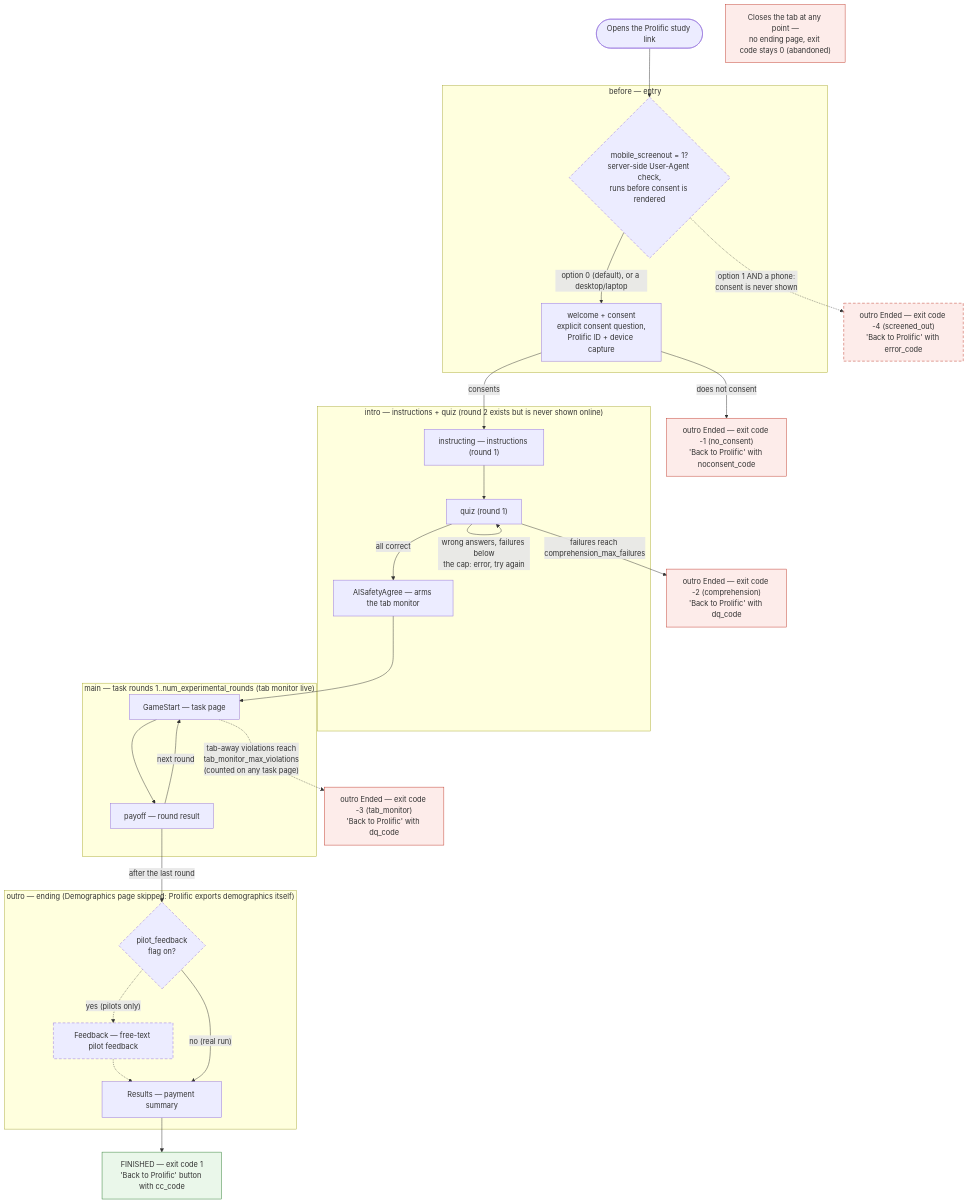
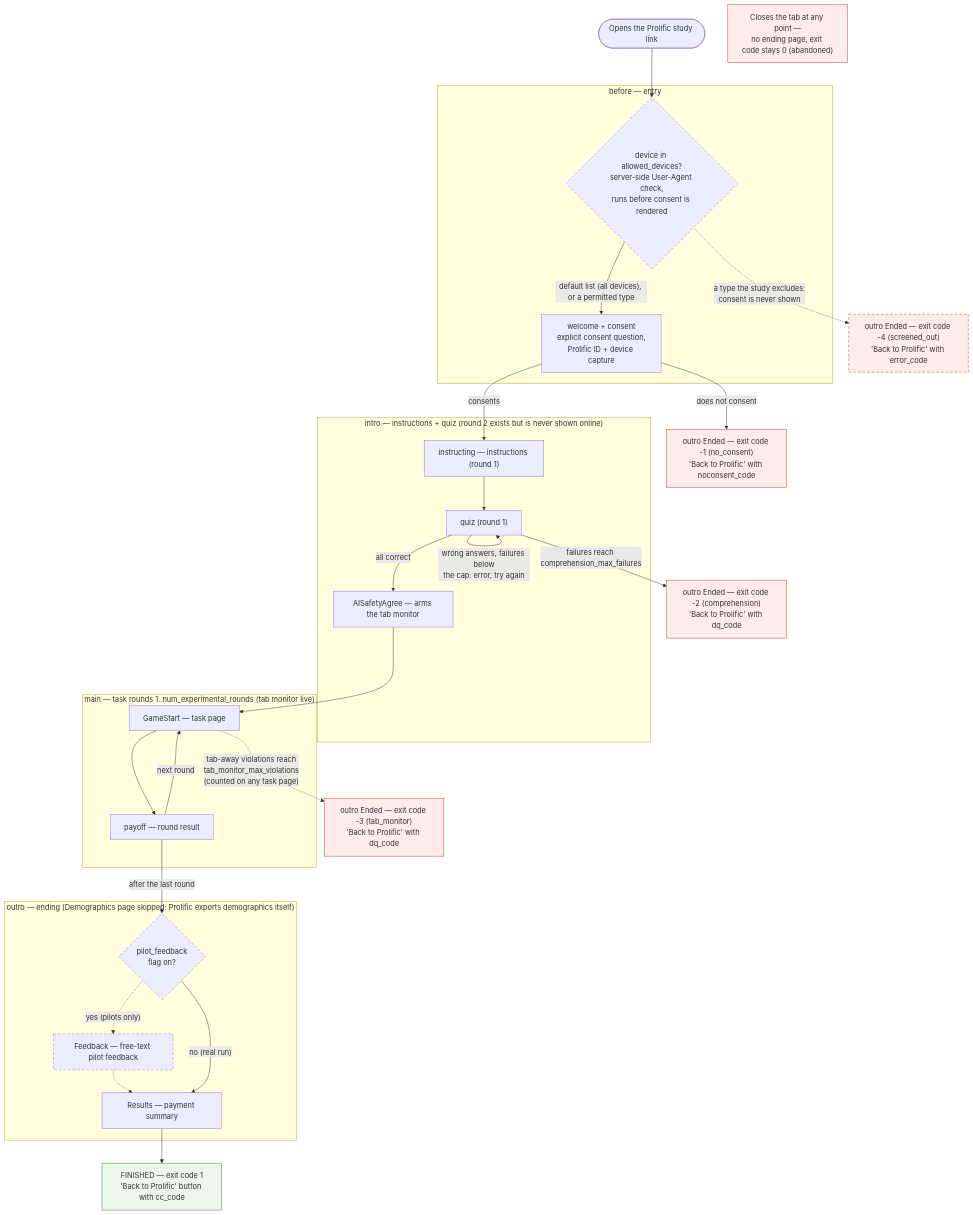
Before and after one commit to juliantait/Template_oTree: the first of 2 diagrams in README.md, drawn with Mermaid. The commit also changed other lines of this file and 35 other files, not shown here.

First line of the commit message:
Apply the test-run changes, and generalise the phone check into a device allow-list

````diff
--- a/README.md
+++ b/README.md
@@ -105,50 +115,50 @@
 ```mermaid
 flowchart TD
     classDef terminal fill:#fdecea,stroke:#c0392b
     classDef success fill:#eaf7ea,stroke:#2e7d32
     classDef flagdep stroke-dasharray:6 4
 
     Start(["Opens the Prolific study link"]) --> Gate
     subgraph BEFORE ["before — entry"]
-        Gate{"mobile_screenout = 1?<br>server-side User-Agent check,<br>runs before consent is rendered"}
-        Gate -- "option 0 (default), or a desktop/laptop" --> Welcome
+        Gate{"device in allowed_devices?<br>server-side User-Agent check,<br>runs before consent is rendered"}
+        Gate -- "default list (all devices), or a permitted type" --> Welcome
         Welcome["welcome + consent<br>explicit consent question,<br>Prolific ID + device capture"]
     end
-    Gate -. "option 1 AND a phone:<br>consent is never shown" .-> EndedSO
+    Gate -. "a type the study excludes:<br>consent is never shown" .-> EndedSO
     Welcome -- "does not consent" --> EndedNC
     Welcome -- "consents" --> Instr1
 
     subgraph INTRO ["intro — instructions + quiz (round 2 exists but is never shown online)"]
         Instr1["instructing — instructions (round 1)"] --> Quiz1["quiz (round 1)"]
         Quiz1 -- "wrong answers, failures below<br>the cap: error, try again" --> Quiz1
         Quiz1 -- "all correct" --> Arm["AISafetyAgree — arms the tab monitor"]
     end
     Quiz1 -- "failures reach comprehension_max_failures" --> EndedDQ
 
     Arm --> Game
     subgraph MAIN ["main — task rounds 1..num_experimental_rounds (tab monitor live)"]
         Game["GameStart — task page"] --> Payoff["payoff — round result"]
         Payoff -- "next round" --> Game
     end
     Game -. "tab-away violations reach<br>tab_monitor_max_violations<br>(counted on any task page)" .-> EndedTM
     Payoff -- "after the last round" --> FbGate
 
     subgraph OUTRO ["outro — ending (Demographics page skipped: Prolific exports demographics itself)"]
         FbGate{"pilot_feedback<br>flag on?"}
         FbGate -. "yes (pilots only)" .-> Fb["Feedback — free-text pilot feedback"]
         Fb -.-> Results
         FbGate -- "no (real run)" --> Results
         Results["Results — payment summary"]
     end
 
     Results --> Done["FINISHED — exit code 1<br>'Back to Prolific' button with cc_code"]
     EndedNC["outro Ended — exit code -1 (no_consent)<br>'Back to Prolific' with noconsent_code"]
     EndedDQ["outro Ended — exit code -2 (comprehension)<br>'Back to Prolific' with dq_code"]
     EndedTM["outro Ended — exit code -3 (tab_monitor)<br>'Back to Prolific' with dq_code"]
     EndedSO["outro Ended — exit code -4 (screened_out)<br>'Back to Prolific' with error_code"]
     Abandon["Closes the tab at any point —<br>no ending page, exit code stays 0 (abandoned)"]
 
     class Done success
     class EndedNC,EndedDQ,EndedTM,EndedSO,Abandon terminal
     class Fb,FbGate,Gate,EndedSO flagdep
 ```
````
